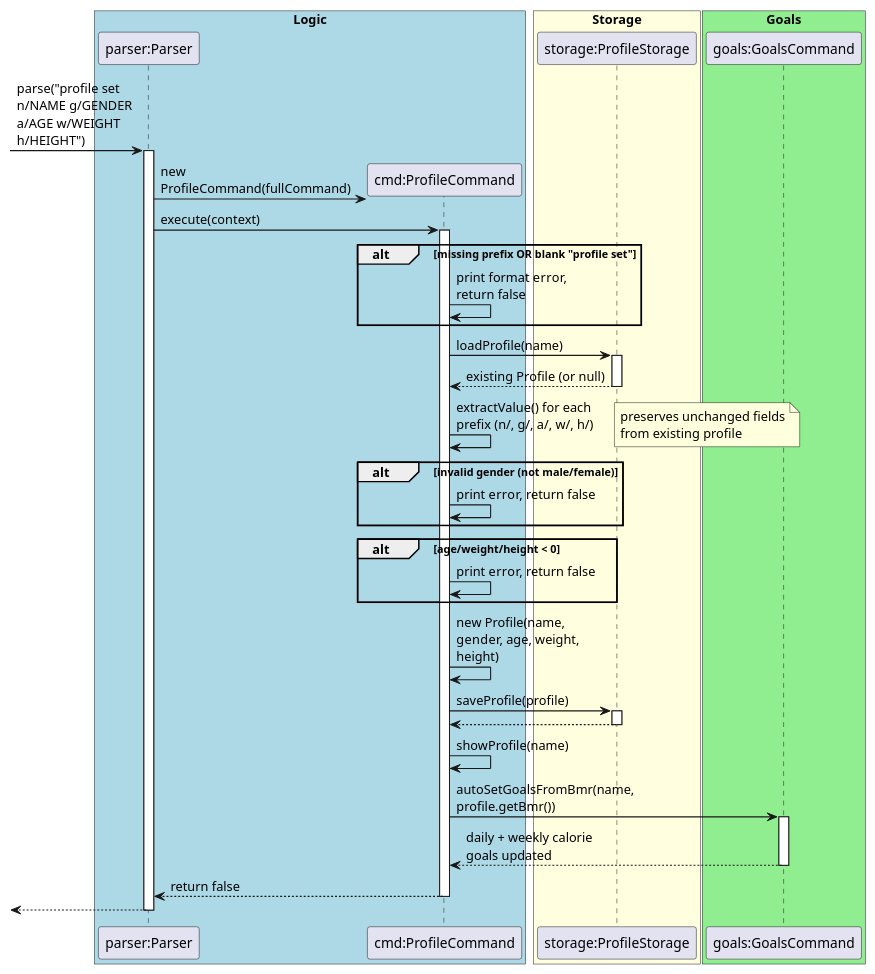
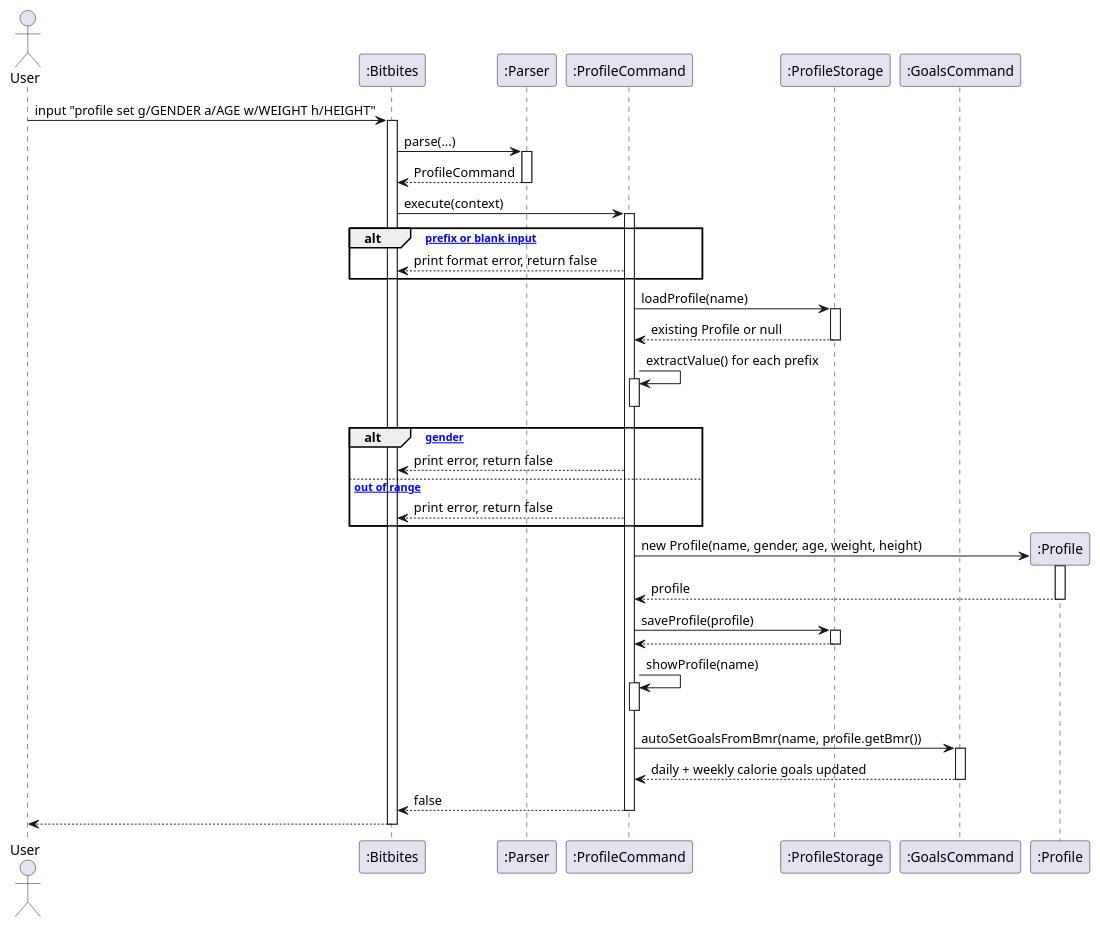
One commit to bryanyeo3125/tp changed the diagram in docs/uml/profile_set.puml. Above: the diagram before and after it, drawn with PlantUML. The commit also changed 31 other files, not shown here.

```diff
--- a/docs/uml/profile_set.puml
+++ b/docs/uml/profile_set.puml
@@ -1,64 +1,65 @@
-@startuml profile_set
-skinparam arrowThickness 1.1
-skinparam maxMessageSize 150
+@startuml
+actor User
+participant ":Bitbites" as Bitbites
+participant ":Parser" as Parser
+participant ":ProfileCommand" as ProfileCommand
+participant ":ProfileStorage" as ProfileStorage
+participant ":GoalsCommand" as GoalsCommand
+participant ":Profile" as Profile
 
-box "Logic" #LightBlue
-participant "parser:Parser" as Parser
-participant "cmd:ProfileCommand" as Profile
-end box
+User -> Bitbites : input "profile set g/GENDER a/AGE w/WEIGHT h/HEIGHT"
+activate Bitbites
 
-box "Storage" #LightYellow
-participant "storage:ProfileStorage" as PStorage
-end box
+Bitbites -> Parser : parse(...)
+activate Parser
+Parser --> Bitbites : ProfileCommand
+deactivate Parser
 
-box "Goals" #LightGreen
-participant "goals:GoalsCommand" as Goals
-end box
+Bitbites -> ProfileCommand : execute(context)
+activate ProfileCommand
 
--> Parser : parse("profile set n/NAME g/GENDER a/AGE w/WEIGHT h/HEIGHT")
-activate Parser
-
-Parser -> Profile ** : new ProfileCommand(fullCommand)
-Parser -> Profile : execute(context)
-activate Profile
-
-alt missing prefix OR blank "profile set"
-    Profile -> Profile : print format error, return false
+alt [missing prefix or blank input]
+  ProfileCommand --> Bitbites : print format error, return false
 end
 
-Profile -> PStorage : loadProfile(name)
-activate PStorage
-PStorage --> Profile : existing Profile (or null)
-deactivate PStorage
+ProfileCommand -> ProfileStorage : loadProfile(name)
+activate ProfileStorage
+ProfileStorage --> ProfileCommand : existing Profile or null
+deactivate ProfileStorage
 
-Profile -> Profile : extractValue() for each prefix (n/, g/, a/, w/, h/)
-note right : preserves unchanged fields\nfrom existing profile
+ProfileCommand -> ProfileCommand : extractValue() for each prefix
+activate ProfileCommand
+deactivate ProfileCommand
 
-alt invalid gender (not male/female)
-    Profile -> Profile : print error, return false
+alt [invalid gender]
+  ProfileCommand --> Bitbites : print error, return false
+else [age/weight/height out of range]
+  ProfileCommand --> Bitbites : print error, return false
 end
 
-alt age/weight/height < 0
-    Profile -> Profile : print error, return false
-end
-
-Profile -> Profile : new Profile(name, gender, age, weight, height)
-
-Profile -> PStorage : saveProfile(profile)
-activate PStorage
-PStorage --> Profile
-deactivate PStorage
-
-Profile -> Profile : showProfile(name)
-
-Profile -> Goals : autoSetGoalsFromBmr(name, profile.getBmr())
-activate Goals
-Goals --> Profile : daily + weekly calorie goals updated
-deactivate Goals
-
-Profile --> Parser : return false
+create Profile
+ProfileCommand -> Profile : new Profile(name, gender, age, weight, height)
+activate Profile
+Profile --> ProfileCommand : profile
 deactivate Profile
 
-<-- Parser
-deactivate Parser
+ProfileCommand -> ProfileStorage : saveProfile(profile)
+activate ProfileStorage
+ProfileStorage --> ProfileCommand
+deactivate ProfileStorage
+
+ProfileCommand -> ProfileCommand : showProfile(name)
+activate ProfileCommand
+deactivate ProfileCommand
+
+ProfileCommand -> GoalsCommand : autoSetGoalsFromBmr(name, profile.getBmr())
+activate GoalsCommand
+GoalsCommand --> ProfileCommand : daily + weekly calorie goals updated
+deactivate GoalsCommand
+
+ProfileCommand --> Bitbites : false
+deactivate ProfileCommand
+
+Bitbites --> User
+deactivate Bitbites
 @enduml
```
